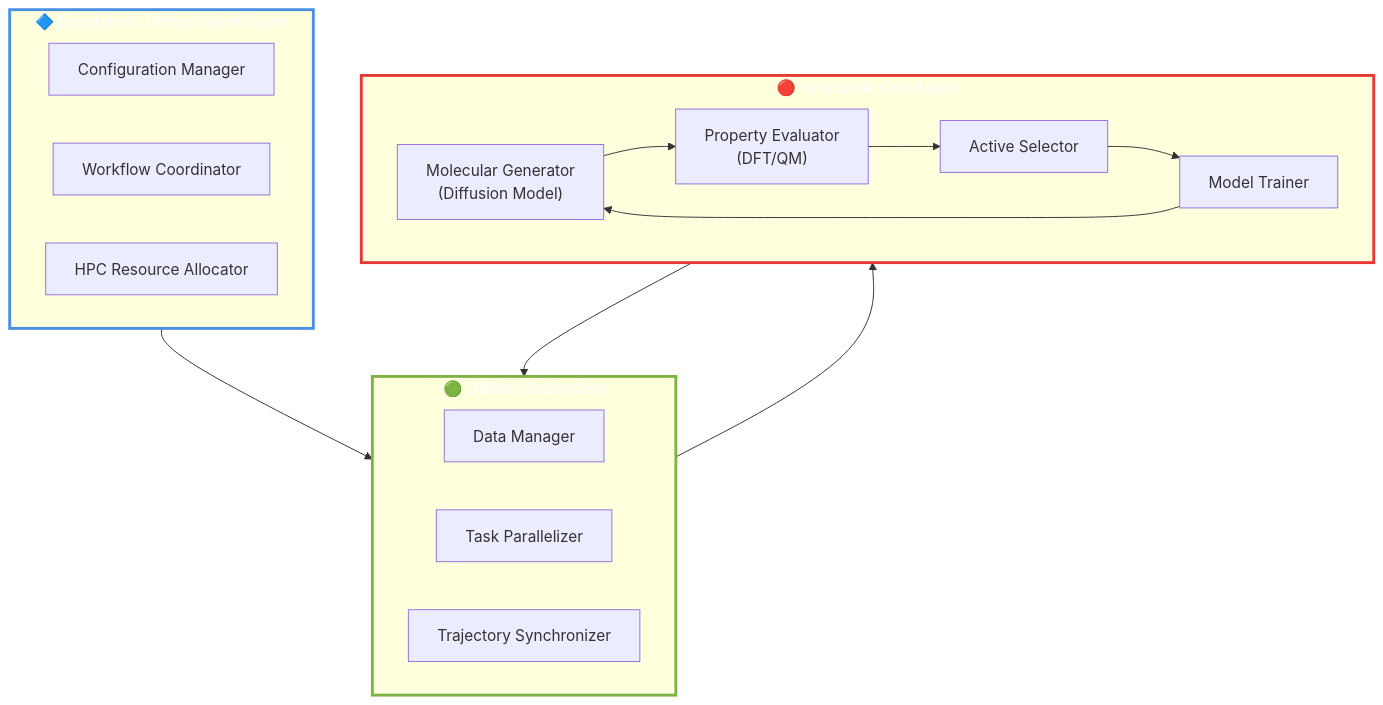
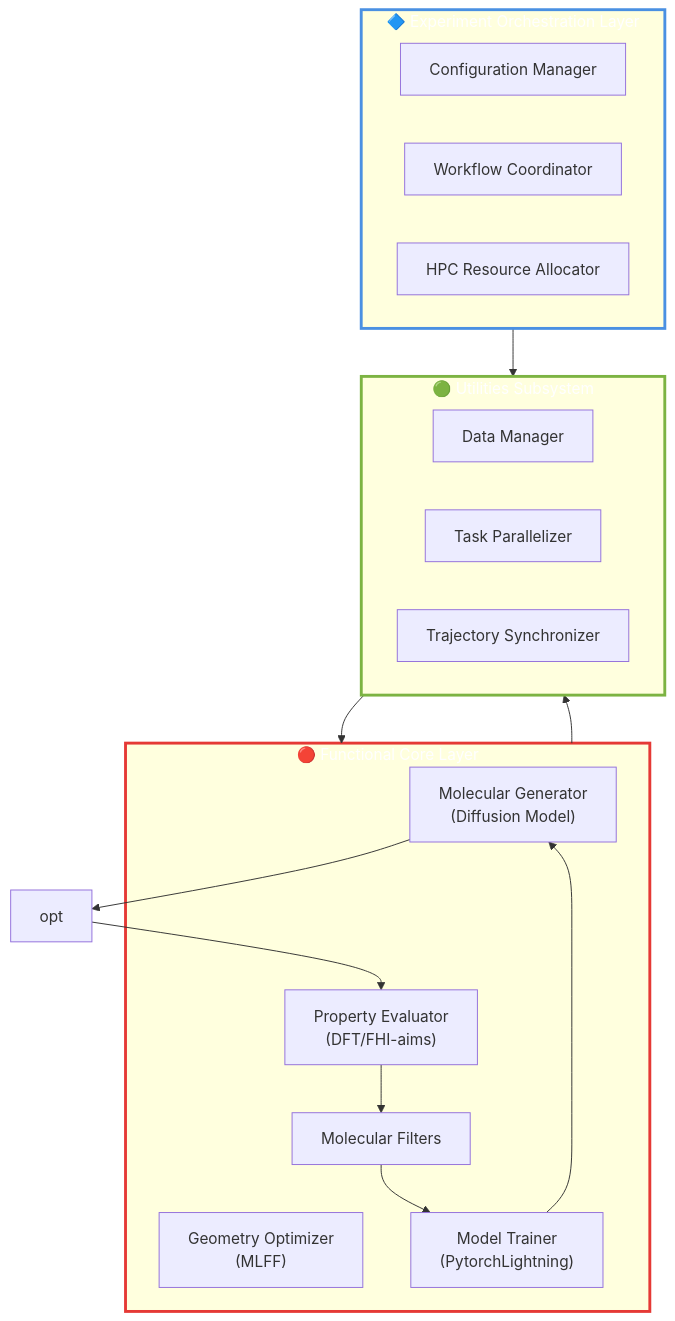
The second of 2 diagrams in README.md (lmedranos/qalpa), drawn with Mermaid before and after one commit. The commit also changed other lines of this file, not shown here.

Commit message:
Refactor README to improve clarity of phases

````diff
--- a/README.md
+++ b/README.md
@@ -100,34 +101,36 @@
 ```mermaid
 graph TB
     subgraph orchestration["🔷 Experiment Orchestration Layer"]
         config["Configuration Manager"]
         workflow["Workflow Coordinator"]
         hpc["HPC Resource Allocator"]
     end
     
     subgraph utilities["🟢 Utilities Subsystem"]
         data["Data Manager"]
         parallel["Task Parallelizer"]
         sync["Trajectory Synchronizer"]
     end
     
     subgraph functional["🔴 Functional Core Layer"]
         gen["Molecular Generator<br/>(Diffusion Model)"]
-        eval["Property Evaluator<br/>(DFT/QM)"]
-        select["Active Selector"]
-        train["Model Trainer"]
+        eval["Property Evaluator<br/>(DFT/FHI-aims)"]
+        Opt["Geometry Optimizer<br/>(MLFF)"]
+        select["Molecular Filters"]
+        train["Model Trainer<br/>(PytorchLightning)"]
     end
     
     orchestration --> utilities
     utilities --> functional
     functional --> utilities
     
-    gen --> eval
+    gen --> opt
+    opt --> eval
     eval --> select
     select --> train
     train --> gen
     
     style orchestration stroke:#4A90E2,stroke-width:3px,color:#fff
     style utilities stroke:#7CB342,stroke-width: 3px,color:#fff
     style functional stroke:#E53935,stroke-width:3px,color:#fff
 ```
````
